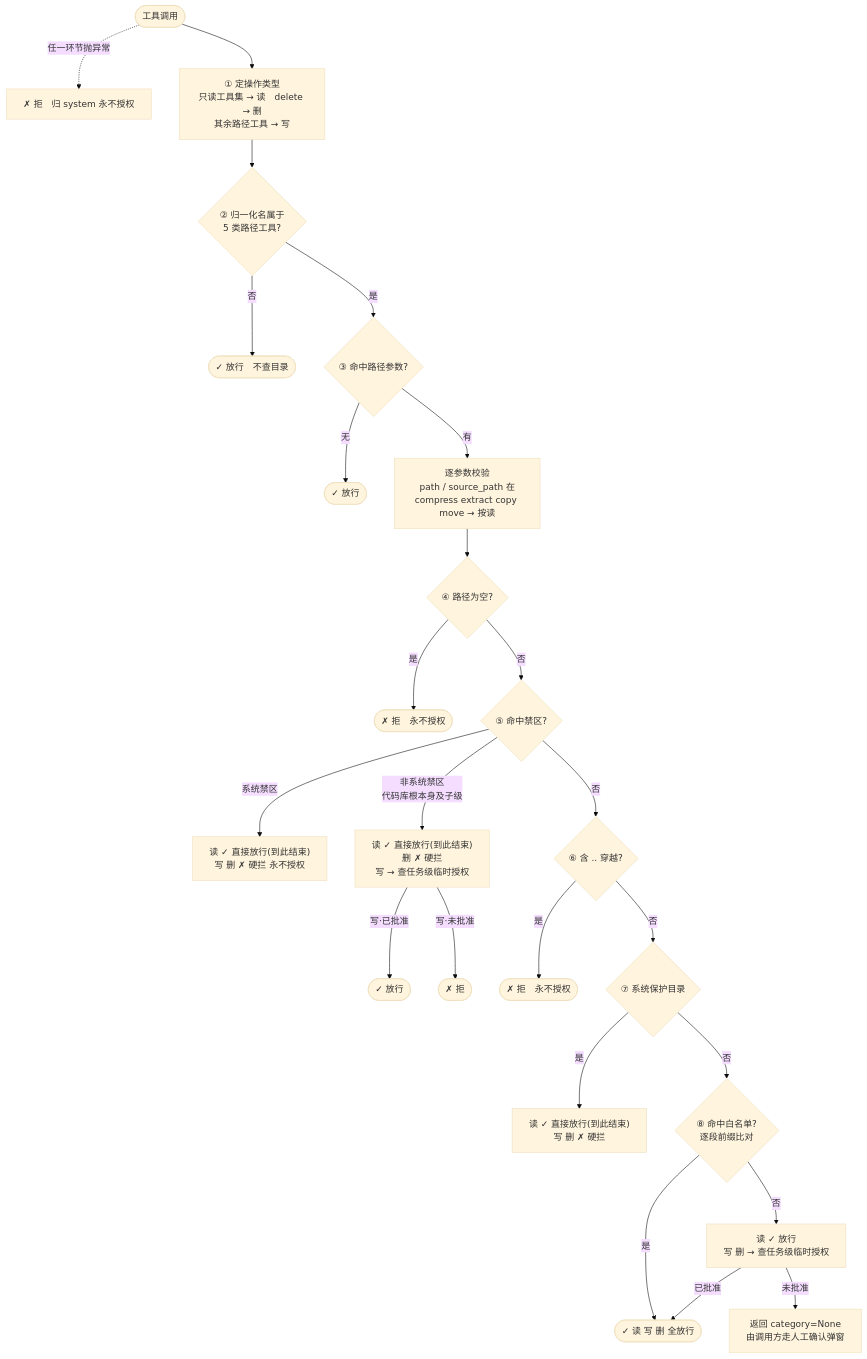
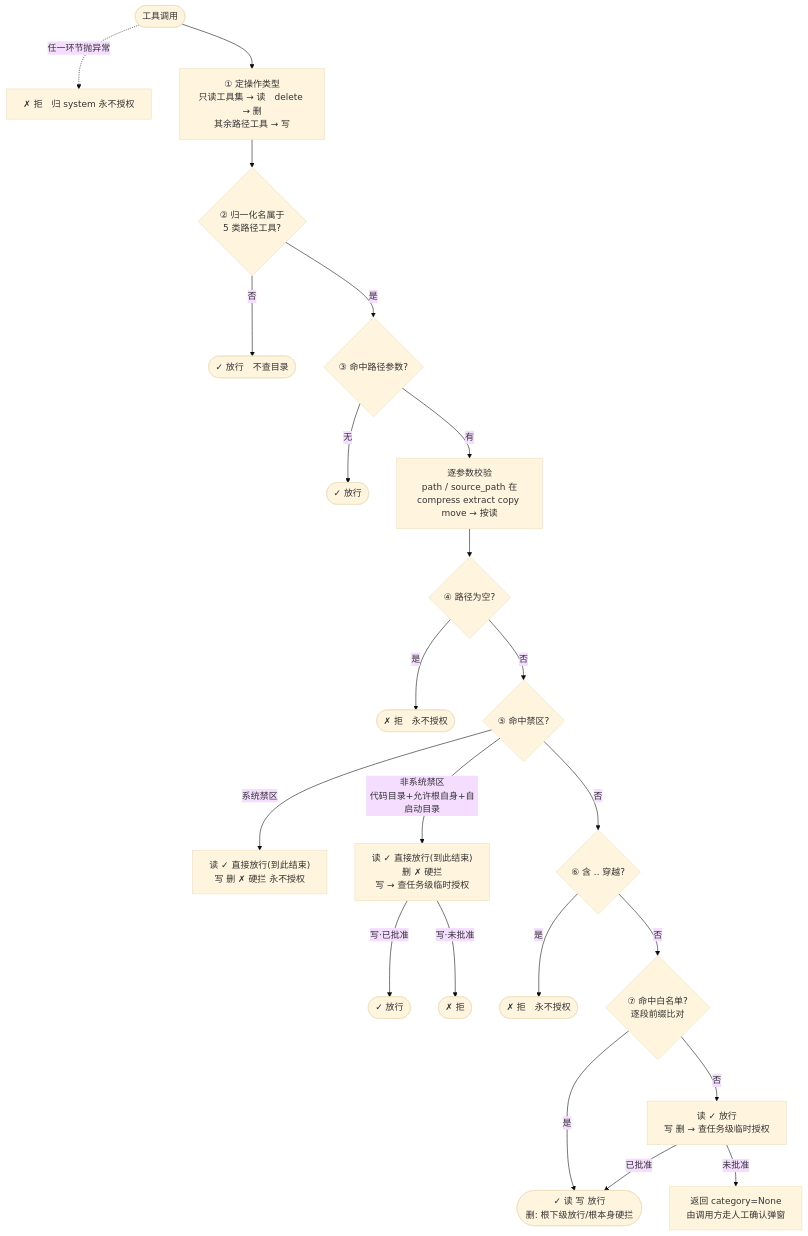
The first of 2 diagrams in backend/app/datafile/path_decision.md (joshuachendyb/OmniAgentAst), drawn with Mermaid (base theme) before and after one commit. The commit also changed other lines of this file and 12 other files, not shown here.

````diff
--- a/backend/app/datafile/path_decision.md
+++ b/backend/app/datafile/path_decision.md
@@ -2,26 +2,24 @@
 ```mermaid
 graph TD
     S([工具调用]) -. 任一环节抛异常 .-> ERR["✗ 拒　归 system 永不授权"]
     S --> M["① 定操作类型<br/>只读工具集 → 读　delete → 删<br/>其余路径工具 → 写"]
     M --> T2{"② 归一化名属于<br/>5 类路径工具?"}
     T2 -->|否| P2(["✓ 放行　不查目录"])
     T2 -->|是| T3{"③ 命中路径参数?"}
     T3 -->|无| P3(["✓ 放行"])
     T3 -->|有| LP["逐参数校验<br/>path / source_path 在<br/>compress extract copy move → 按读"]
     LP --> T4{"④ 路径为空?"}
     T4 -->|是| X4(["✗ 拒　永不授权"])
     T4 -->|否| T5{"⑤ 命中禁区?"}
     T5 -->|系统禁区| F5S["读 ✓ 直接放行(到此结束)<br/>写 删 ✗ 硬拦 永不授权"]
-    T5 -->|非系统禁区<br/>代码库根本身及子级| F5N["读 ✓ 直接放行(到此结束)<br/>删 ✗ 硬拦<br/>写 → 查任务级临时授权"]
+    T5 -->|非系统禁区<br/>代码目录+允许根自身+自启动目录| F5N["读 ✓ 直接放行(到此结束)<br/>删 ✗ 硬拦<br/>写 → 查任务级临时授权"]
     F5N -->|写·已批准| P5(["✓ 放行"])
     F5N -->|写·未批准| X5(["✗ 拒"])
     T5 -->|否| T6{"⑥ 含 .. 穿越?"}
     T6 -->|是| X6(["✗ 拒　永不授权"])
-    T6 -->|否| T7{"⑦ 系统保护目录"}
-    T7 -->|是| F7["读 ✓ 直接放行(到此结束)<br/>写 删 ✗ 硬拦"]
-    T7 -->|否| T8{"⑧ 命中白名单?<br/>逐段前缀比对"}
-    T8 -->|是| P8(["✓ 读 写 删 全放行"])
-    T8 -->|否| F8["读 ✓ 放行<br/>写 删 → 查任务级临时授权"]
+    T6 -->|否| T7{"⑦ 命中白名单?<br/>逐段前缀比对"}
+    T7 -->|是| P8(["✓ 读 写 放行<br/>删: 根下级放行/根本身硬拦"])
+    T7 -->|否| F8["读 ✓ 放行<br/>写 删 → 查任务级临时授权"]
     F8 -->|已批准| P8
     F8 -->|未批准| HITL["返回 category=None<br/>由调用方走人工确认弹窗"]
 ```
````
